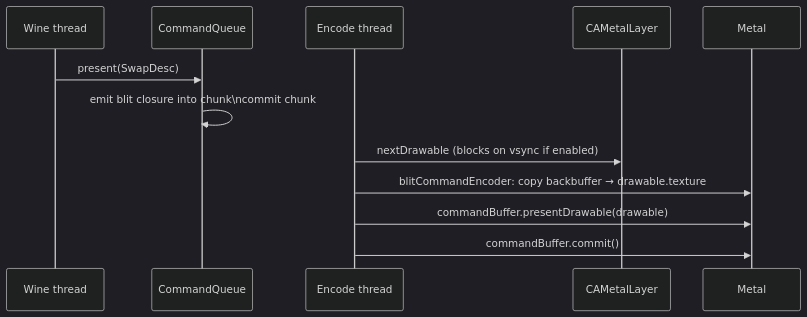
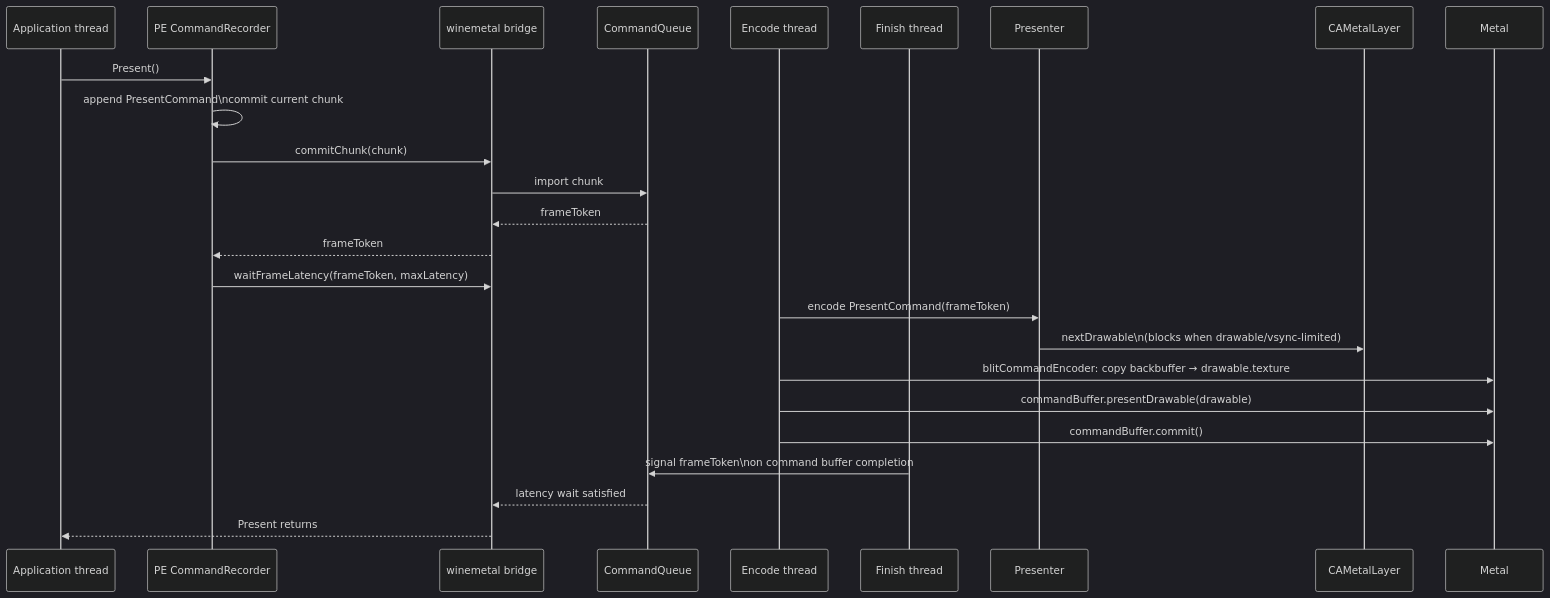
One commit to dfdgsdfg/dxmt9 changed the tenth of 11 diagrams in specs/backend/design.md. Above: the diagram before and after it, drawn with Mermaid (dark theme). The commit also changed other lines of this file and 15 other files, not shown here.

````diff
--- a/specs/backend/design.md
+++ b/specs/backend/design.md
@@ -228,16 +358,29 @@
 ```mermaid
 sequenceDiagram
-    participant WT as Wine thread
+    participant App as Application thread
+    participant Rec as PE CommandRecorder
+    participant BR as winemetal bridge
     participant CQ as CommandQueue
     participant ET as Encode thread
+    participant FT as Finish thread
+    participant PR as Presenter
     participant CL as CAMetalLayer
     participant MTL as Metal
 
-    WT->>CQ: present(SwapDesc)
-    CQ->>CQ: emit blit closure into chunk\ncommit chunk
+    App->>Rec: Present()
+    Rec->>Rec: append PresentCommand\ncommit current chunk
+    Rec->>BR: commitChunk(chunk)
+    BR->>CQ: import chunk
+    CQ-->>BR: frameToken
+    BR-->>Rec: frameToken
+    Rec->>BR: waitFrameLatency(frameToken, maxLatency)
 
-    ET->>CL: nextDrawable (blocks on vsync if enabled)
+    ET->>PR: encode PresentCommand(frameToken)
+    PR->>CL: nextDrawable\n(blocks when drawable/vsync-limited)
     ET->>MTL: blitCommandEncoder: copy backbuffer → drawable.texture
     ET->>MTL: commandBuffer.presentDrawable(drawable)
     ET->>MTL: commandBuffer.commit()
+    FT->>CQ: signal frameToken\non command buffer completion
+    CQ-->>BR: latency wait satisfied
+    BR-->>App: Present returns
 ```
````
